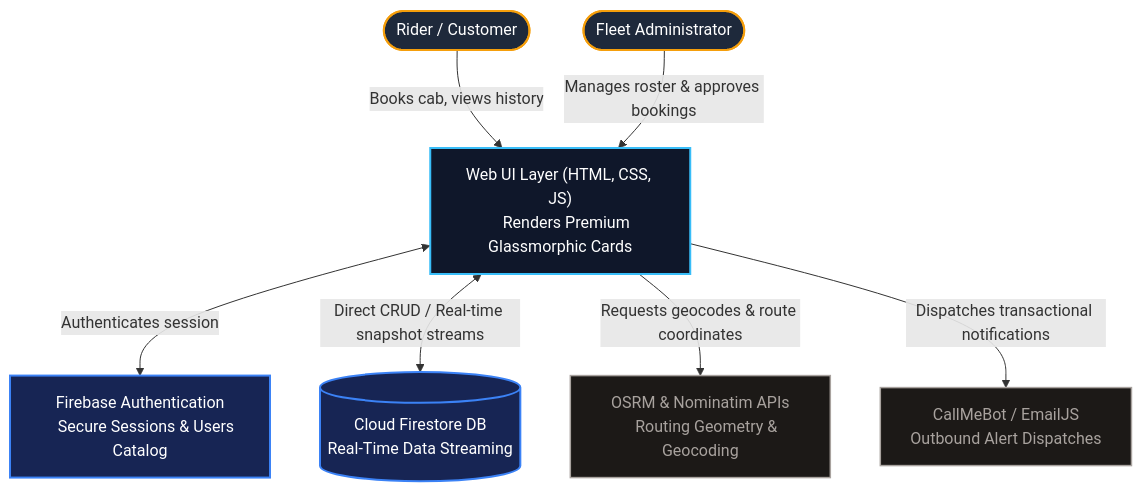
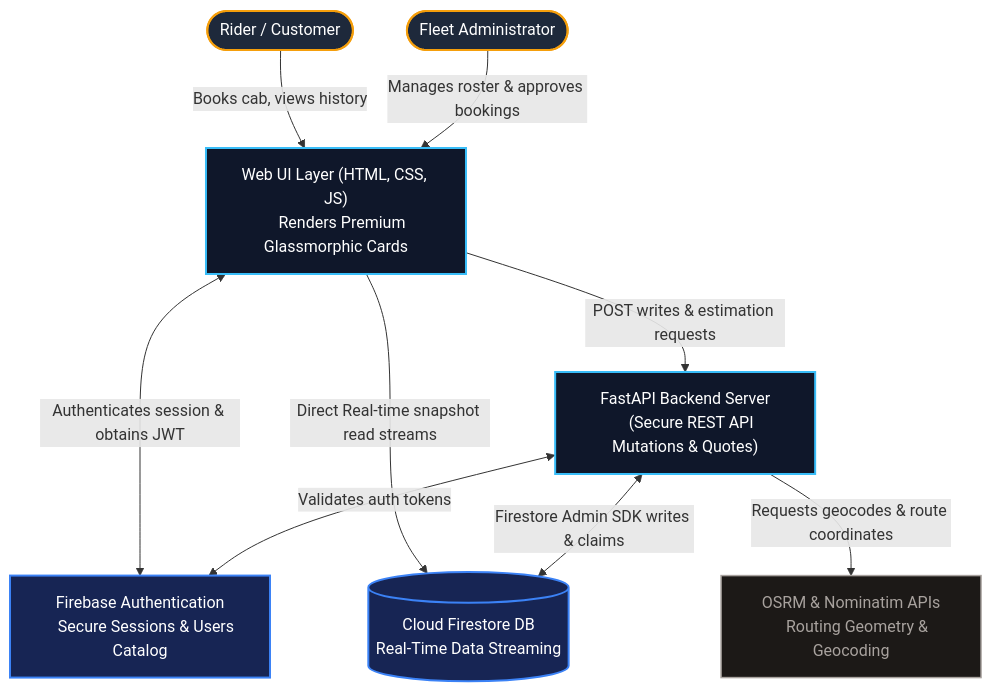
Before and after one commit to ishanm03/cab-website-cloud: the first of 6 diagrams in docs/e2e_architecture.md, drawn with Mermaid. The commit also changed other lines of this file and 1 other file, not shown here.

Commit message:
docs: rewrite system e2e architecture and schemas discovery to match new FastAPI hybrid structure

````diff
--- a/docs/e2e_architecture.md
+++ b/docs/e2e_architecture.md
@@ -11,35 +14,37 @@
 ```mermaid
 graph TB
     %% Styling
     classDef actor fill:#1E293B,stroke:#F59E0B,stroke-width:2px,color:#fff;
     classDef system fill:#0F172A,stroke:#38BDF8,stroke-width:2px,color:#fff;
     classDef cloud fill:#172554,stroke:#3B82F6,stroke-width:2px,color:#fff;
     classDef external fill:#1C1917,stroke:#A8A29E,stroke-width:1.5px,color:#A8A29E;
 
     Rider([Rider / Customer]):::actor
     Admin([Fleet Administrator]):::actor
 
     Browser["Web UI Layer (HTML, CSS, JS)
     Renders Premium Glassmorphic Cards"]:::system
     
+    FastAPI["FastAPI Backend Server
+    (Secure REST API Mutations & Quotes)"]:::system
+
     Firebase["Firebase Authentication
     Secure Sessions & Users Catalog"]:::cloud
     
     Firestore[("Cloud Firestore DB
     Real-Time Data Streaming")]:::cloud
     
     OSRM["OSRM & Nominatim APIs
     Routing Geometry & Geocoding"]:::external
-    
-    NotificationEngine["CallMeBot / EmailJS
-    Outbound Alert Dispatches"]:::external
 
     %% Interconnections
     Rider -->|"Books cab, views history"| Browser
     Admin -->|"Manages roster & approves bookings"| Browser
     
-    Browser <-->|"Authenticates session"| Firebase
-    Browser <-->|"Direct CRUD / Real-time snapshot streams"| Firestore
-    Browser -->|"Requests geocodes & route coordinates"| OSRM
-    Browser -->|"Dispatches transactional notifications"| NotificationEngine
+    Browser <-->|"Authenticates session & obtains JWT"| Firebase
+    Browser -->|"Direct Real-time snapshot read streams"| Firestore
+    Browser -->|"POST writes & estimation requests"| FastAPI
+    FastAPI <-->|"Firestore Admin SDK writes & claims"| Firestore
+    FastAPI <-->|"Validates auth tokens"| Firebase
+    FastAPI -->|"Requests geocodes & route coordinates"| OSRM
 ```
````
